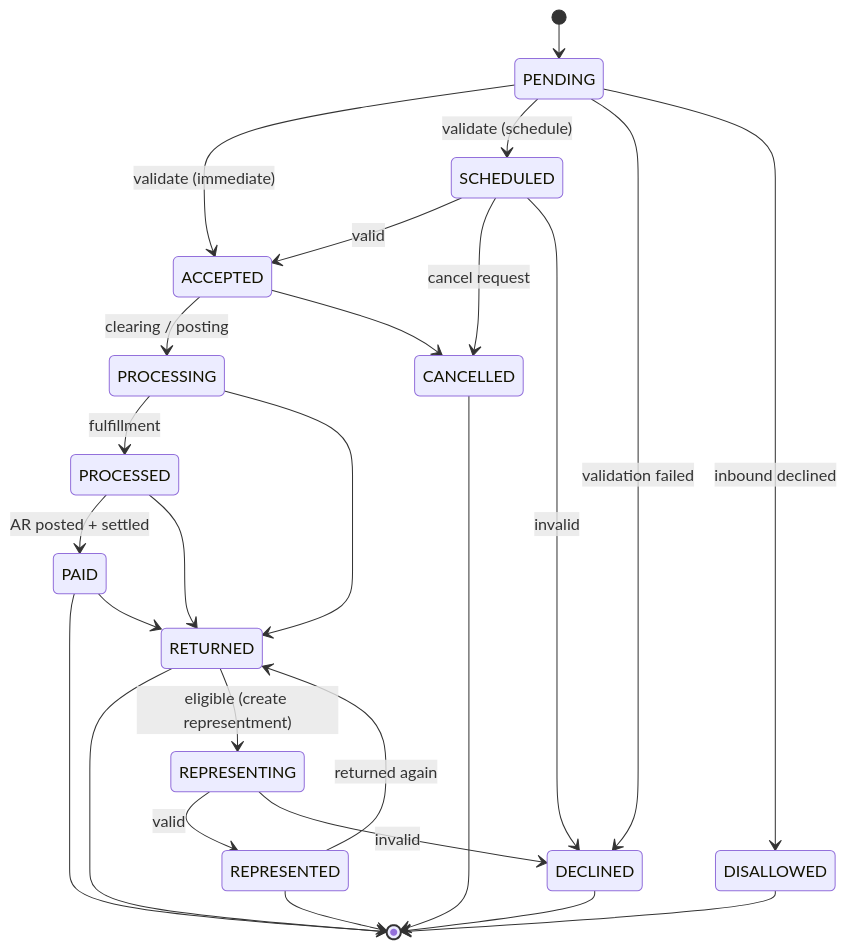
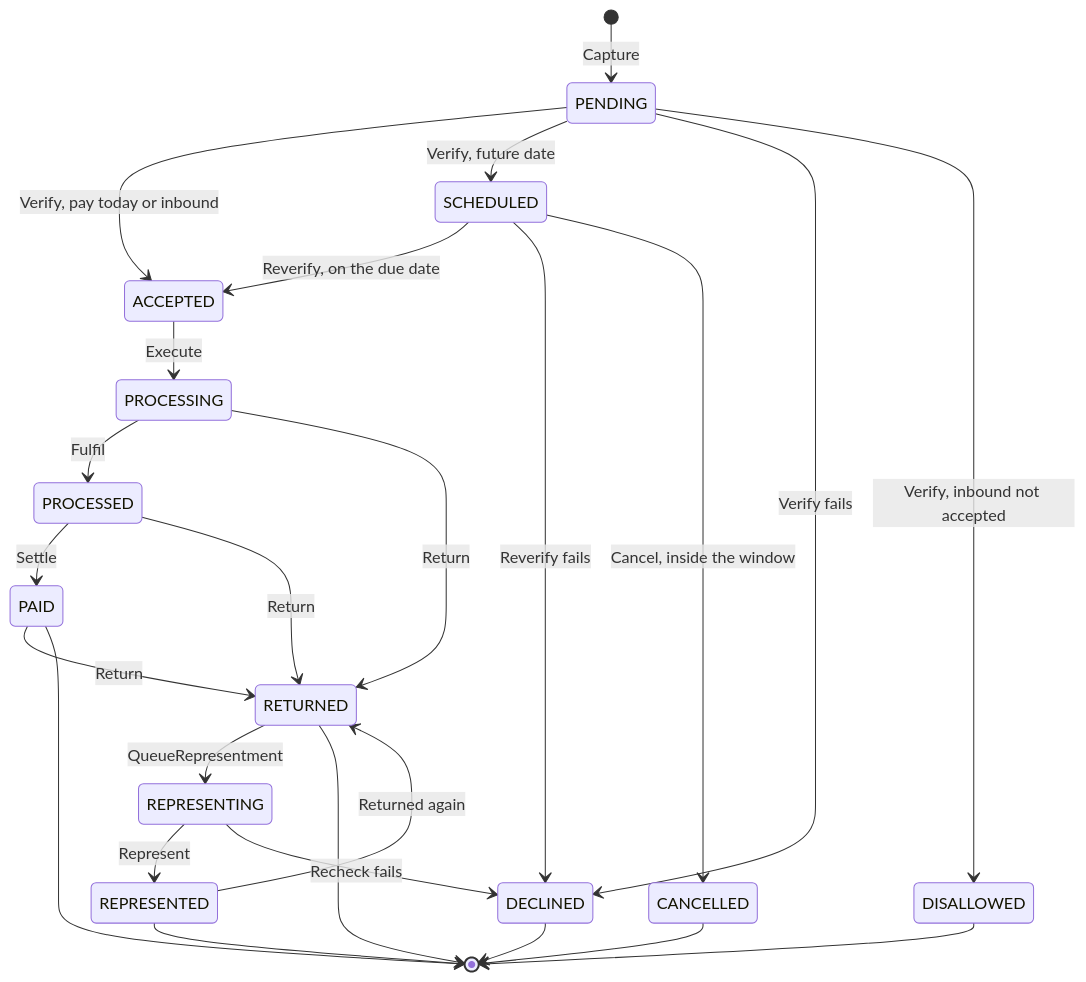
Before and after one commit to arunav-bhattacharya/billpay-book: the first of 2 diagrams in website/docs/design/payment-state-model.md, drawn with Mermaid. The commit also changed other lines of this file and 50 other files, not shown here.

````diff
--- a/website/docs/design/payment-state-model.md
+++ b/website/docs/design/payment-state-model.md
@@ -23,34 +18,33 @@
 ```mermaid
 ---
 config:
   nodeSpacing: 40
   rankSpacing: 34
 ---
 stateDiagram-v2
   direction TB
-  [*] --> PENDING
-  PENDING --> ACCEPTED: validate (immediate)  
-  PENDING --> SCHEDULED: validate (schedule)
-  SCHEDULED --> ACCEPTED: valid
-  ACCEPTED --> PROCESSING: clearing / posting
-  PROCESSING --> PROCESSED: fulfillment
-  PROCESSED --> PAID: AR posted + settled
-  PROCESSING --> RETURNED
-  PROCESSED --> RETURNED
+  [*] --> PENDING: Capture
+  PENDING --> ACCEPTED: Verify, pay today or inbound
+  PENDING --> SCHEDULED: Verify, future date
+  PENDING --> DECLINED: Verify fails
+  PENDING --> DISALLOWED: Verify, inbound not accepted
+  SCHEDULED --> ACCEPTED: Reverify, on the due date
+  SCHEDULED --> DECLINED: Reverify fails
+  SCHEDULED --> CANCELLED: Cancel, inside the window
+  ACCEPTED --> PROCESSING: Execute
+  PROCESSING --> PROCESSED: Fulfil
+  PROCESSED --> PAID: Settle
+  PROCESSING --> RETURNED: Return
+  PROCESSED --> RETURNED: Return
+  PAID --> RETURNED: Return
+  RETURNED --> REPRESENTING: QueueRepresentment
+  REPRESENTING --> REPRESENTED: Represent
+  REPRESENTING --> DECLINED: Recheck fails
+  REPRESENTED --> RETURNED: Returned again
   PAID --> [*]
-  PAID --> RETURNED
   RETURNED --> [*]
-  RETURNED --> REPRESENTING: eligible (create representment)
-  REPRESENTING --> REPRESENTED: valid
-  REPRESENTING --> DECLINED: invalid
-  REPRESENTED --> RETURNED: returned again
-  PENDING --> DECLINED: validation failed
-  PENDING --> DISALLOWED: inbound declined
-  SCHEDULED --> CANCELLED: cancel request
-  SCHEDULED --> DECLINED: invalid  
-  ACCEPTED --> CANCELLED
   REPRESENTED --> [*]
   DECLINED --> [*]
   CANCELLED --> [*]
   DISALLOWED --> [*]
 ```
````
